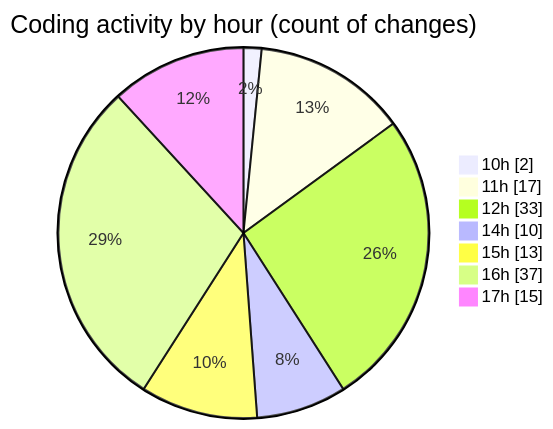
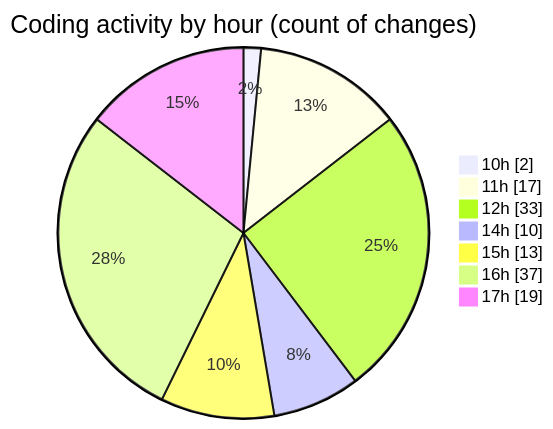
The second of 2 diagrams in 2025-05-14/argos-dev/README.md (nxtqubesakshisongat/code-tracking), drawn with Mermaid before and after one commit. The commit also changed other lines of this file and 1 other file, not shown here.

````diff
--- a/2025-05-14/argos-dev/README.md
+++ b/2025-05-14/argos-dev/README.md
@@ -36,11 +36,11 @@
 ```mermaid
 pie showData
 title Coding activity by hour (count of changes)
 "10h" : 2
 "11h" : 17
 "12h" : 33
 "14h" : 10
 "15h" : 13
 "16h" : 37
-"17h" : 15
+"17h" : 19
 ```
````
